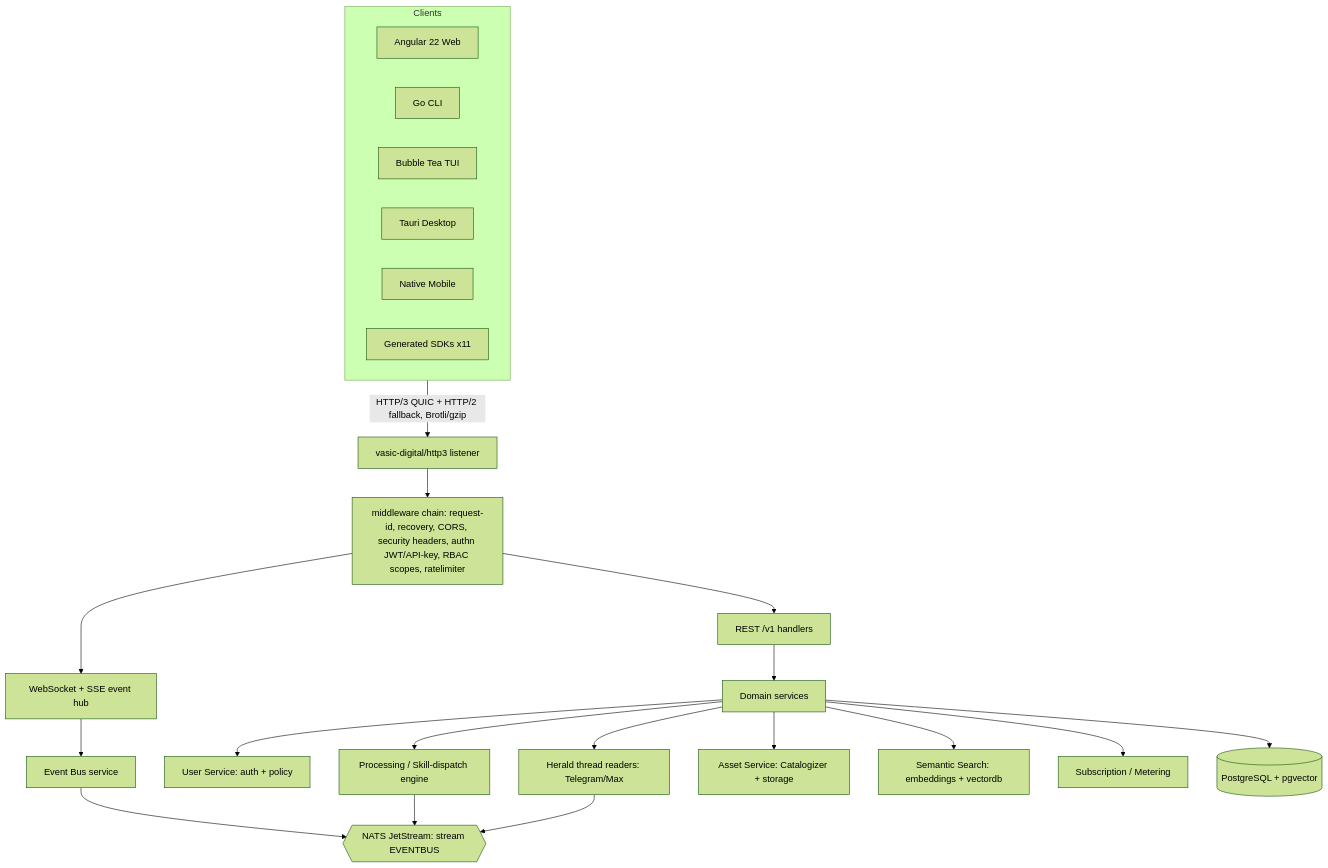
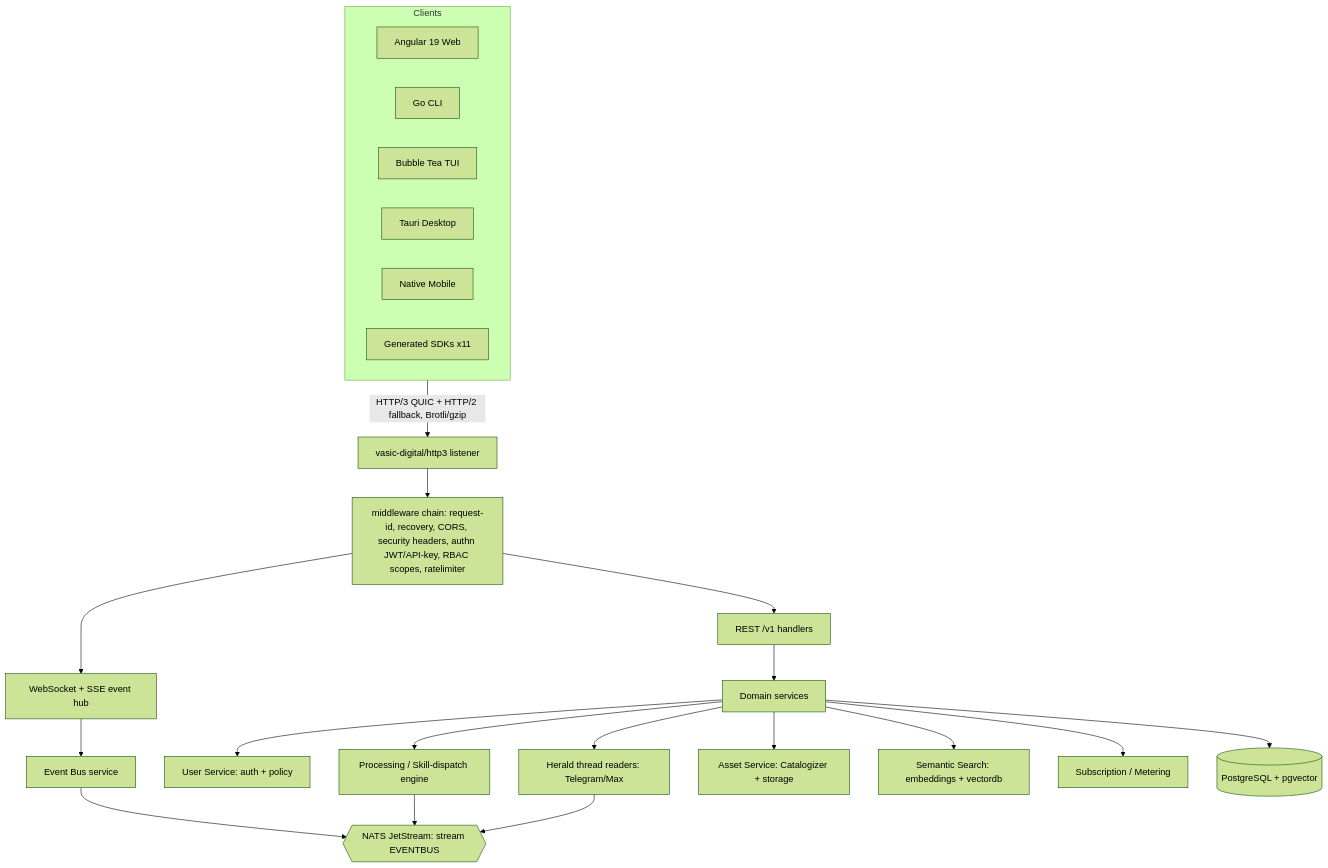
Before and after one commit to HelixDevelopment/helix_thready: the diagram in docs/public/research/mvp/api/diagrams/api-surface.mmd, drawn with Mermaid (forest theme). The commit also changed 184 other files, not shown here.

First line of the commit message:
docs(mvp): Wave 3 — concrete materials + rendered diagrams + completeness report

```diff
--- a/docs/public/research/mvp/api/diagrams/api-surface.mmd
+++ b/docs/public/research/mvp/api/diagrams/api-surface.mmd
@@ -1,25 +1,25 @@
 flowchart TB
   subgraph Clients
-    WEB[Angular 22 Web]
+    WEB[Angular 19 Web]
     CLI[Go CLI]
     TUI[Bubble Tea TUI]
     DESK[Tauri Desktop]
     MOB[Native Mobile]
     SDKX[Generated SDKs x11]
   end
   Clients -->|HTTP/3 QUIC + HTTP/2 fallback, Brotli/gzip| EDGE[vasic-digital/http3 listener]
   EDGE --> MW[middleware chain: request-id, recovery, CORS, security headers, authn JWT/API-key, RBAC scopes, ratelimiter]
   MW --> REST[REST /v1 handlers]
   MW --> HUB[WebSocket + SSE event hub]
   REST --> SVC[Domain services]
   HUB --> EBS[Event Bus service]
   SVC --> USER[User Service: auth + policy]
   SVC --> HER[Herald thread readers: Telegram/Max]
   SVC --> PROC[Processing / Skill-dispatch engine]
   SVC --> ASSET[Asset Service: Catalogizer + storage]
   SVC --> SEARCH[Semantic Search: embeddings + vectordb]
   SVC --> METER[Subscription / Metering]
   SVC --> REL[(PostgreSQL + pgvector)]
   EBS --> NATS{{NATS JetStream: stream EVENTBUS}}
   PROC --> NATS
   HER --> NATS
```
